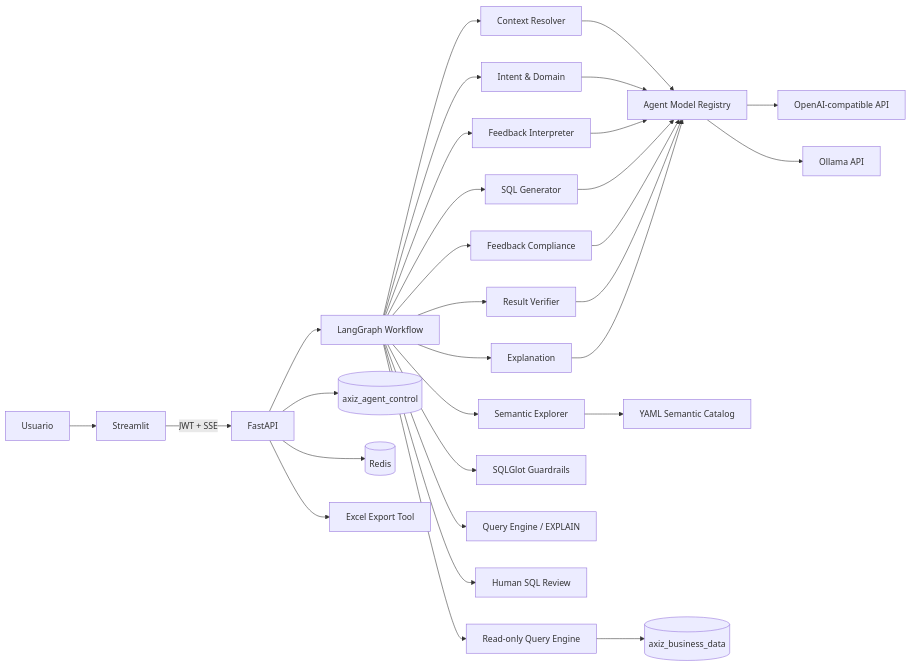
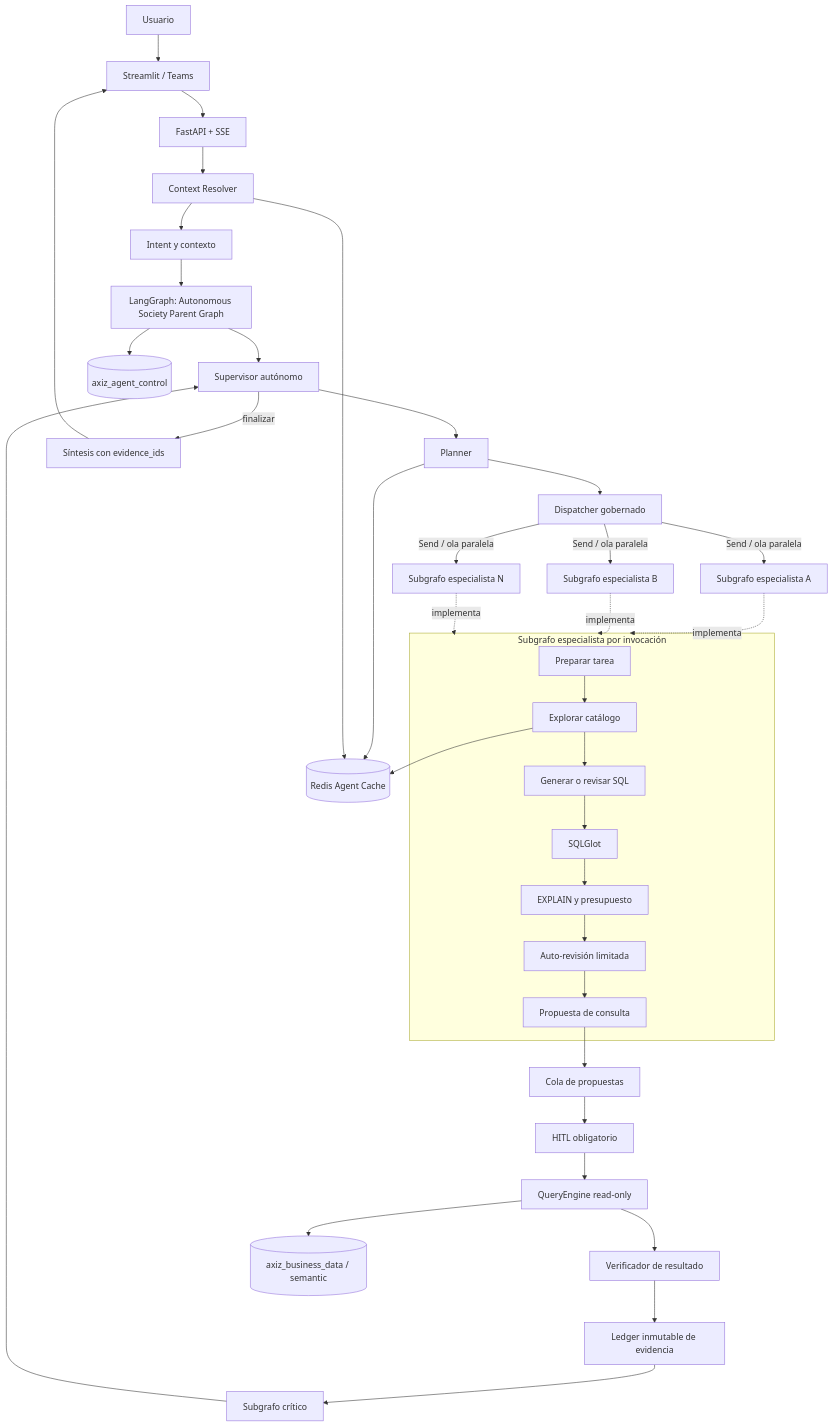
One commit to edgarrth/multiagente-sql-reporter changed the first of 3 diagrams in README.md. Above: the diagram before and after it, drawn with Mermaid. The commit also changed other lines of this file and 54 other files, not shown here.

````diff
--- a/README.md
+++ b/README.md
@@ -77,37 +70,46 @@
 ```mermaid
-flowchart LR
-    U[Usuario] --> ST[Streamlit]
-    ST -->|JWT + SSE| API[FastAPI]
-    API --> LG[LangGraph Workflow]
+flowchart TD
+    U[Usuario] --> UI[Streamlit / Teams]
+    UI --> API[FastAPI + SSE]
+    API --> CR[Context Resolver]
+    CR --> ID[Intent y contexto]
+    ID --> PARENT[LangGraph: Autonomous Society Parent Graph]
 
-    LG --> CR[Context Resolver]
-    LG --> ID[Intent & Domain]
-    LG --> SE[Semantic Explorer]
-    LG --> FI[Feedback Interpreter]
-    LG --> SG[SQL Generator]
-    LG --> FC[Feedback Compliance]
-    LG --> RV[Result Verifier]
-    LG --> EA[Explanation]
+    PARENT --> SUP[Supervisor autónomo]
+    SUP --> PLAN[Planner]
+    PLAN --> DISP[Dispatcher gobernado]
 
-    CR --> MR[Agent Model Registry]
-    ID --> MR
-    FI --> MR
-    SG --> MR
-    FC --> MR
-    RV --> MR
-    EA --> MR
+    DISP -->|Send / ola paralela| SA1[Subgrafo especialista A]
+    DISP -->|Send / ola paralela| SA2[Subgrafo especialista B]
+    DISP -->|Send / ola paralela| SAN[Subgrafo especialista N]
 
-    MR --> OA[OpenAI-compatible API]
-    MR --> OL[Ollama API]
+    subgraph SG[Subgrafo especialista por invocación]
+        PREP[Preparar tarea] --> CAT[Explorar catálogo]
+        CAT --> SQL[Generar o revisar SQL]
+        SQL --> SEC[SQLGlot]
+        SEC --> COST[EXPLAIN y presupuesto]
+        COST --> SELF[Auto-revisión limitada]
+        SELF --> PROP[Propuesta de consulta]
+    end
 
-    SE --> CAT[YAML Semantic Catalog]
-    LG --> SEC[SQLGlot Guardrails]
-    LG --> COST[Query Engine / EXPLAIN]
-    LG --> HITL[Human SQL Review]
-    LG --> EXEC[Read-only Query Engine]
+    SA1 -. implementa .-> SG
+    SA2 -. implementa .-> SG
+    SAN -. implementa .-> SG
 
-    API --> CTRL[(axiz_agent_control)]
-    EXEC --> DATA[(axiz_business_data)]
-    API --> RD[(Redis)]
-    API --> XLSX[Excel Export Tool]
+    PROP --> Q[Cola de propuestas]
+    Q --> HITL[HITL obligatorio]
+    HITL --> EXEC[QueryEngine read-only]
+    EXEC --> VER[Verificador de resultado]
+    VER --> LEDGER[Ledger inmutable de evidencia]
+    LEDGER --> CRIT[Subgrafo crítico]
+    CRIT --> SUP
+    SUP -->|finalizar| SYN[Síntesis con evidence_ids]
+    SYN --> UI
+
+    CAT --> CACHE[(Redis Agent Cache)]
+    PLAN --> CACHE
+    CR --> CACHE
+
+    PARENT --> CTRL[(axiz_agent_control)]
+    EXEC --> DATA[(axiz_business_data / semantic)]
 ```
````
